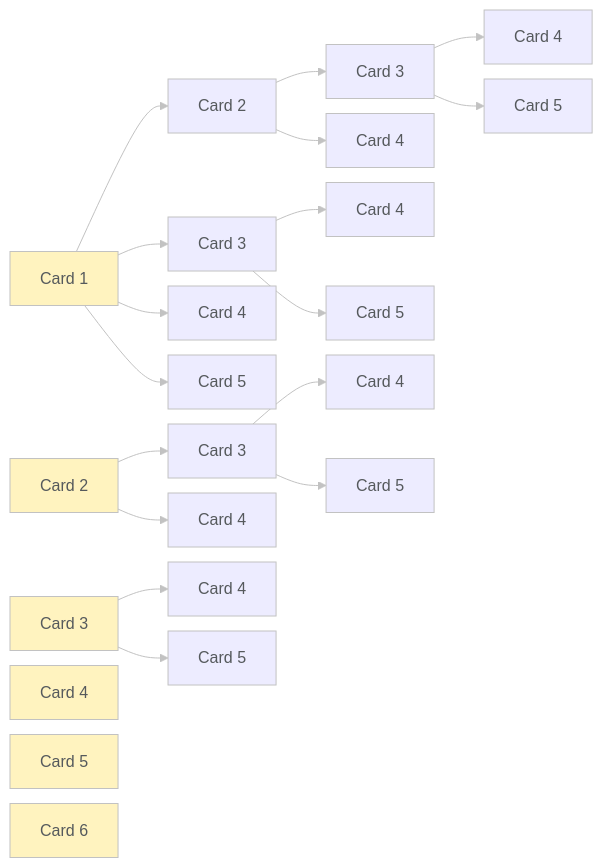
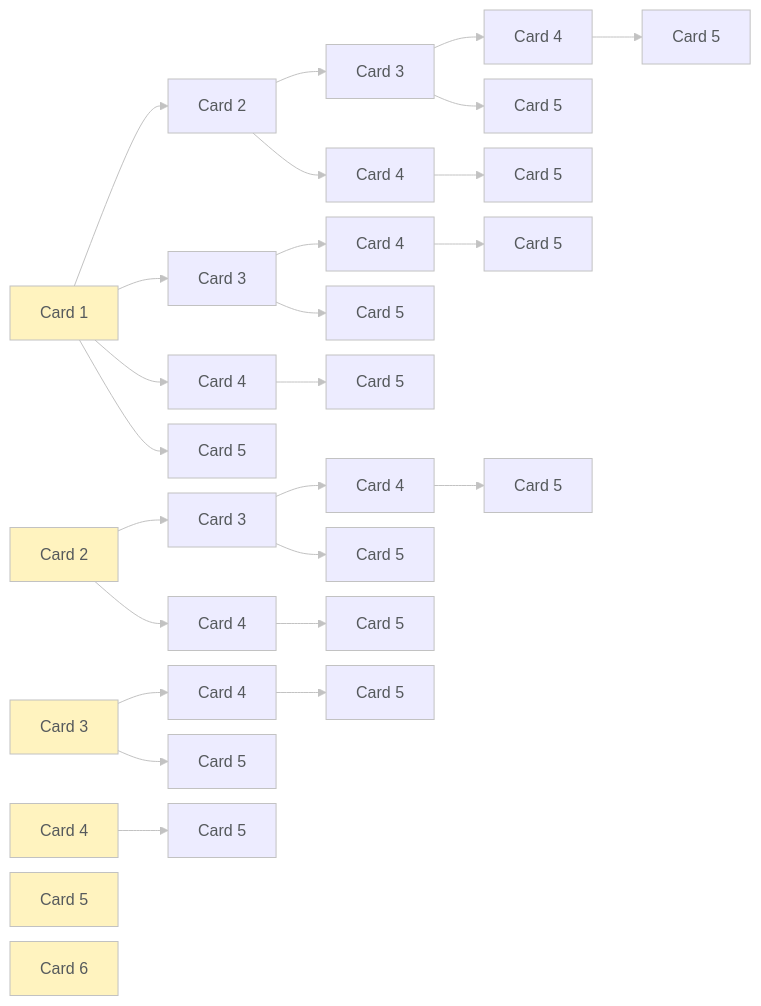
Before and after one commit to pf981/pf981.github.io: the diagram in posts/2023/04/2023-04.qmd, drawn with Mermaid.

Commit message:
Improve diagram

````diff
--- a/posts/2023/04/2023-04.qmd
+++ b/posts/2023/04/2023-04.qmd
@@ -165,47 +165,55 @@
 ```{mermaid}
 %%{
   init: {
     'theme': 'base',
     'themeVariables': {
       'primaryColor': '#55595c',
       'primaryTextColor': '#55595c',
       'primaryBorderColor': '#C2C2C2',
       'lineColor': '#C2C2C2',
       'secondaryColor': '#C2C2C2',
       'tertiaryColor': '#fff',
       'background': '#FFFFFF',
       'mainBkg': '#FFFFFF',
-      'clusterBkg': '#ededed'
+      'clusterBkg': '#ededed',
+      'fontFamily': 'Nunito Sans'
     },
     'flowchart': {
       'nodeSpacing': 15,
       'rankSpacing': 50
     }
   }
 }%%
 flowchart LR
   A[Card 1]:::starting --> A1[Card 2]
   A[Card 1] --> A2[Card 3]
   A[Card 1] --> A3[Card 4]
   A[Card 1] --> A4[Card 5]
   A1 --> A11[Card 3]
   A1 --> A12[Card 4]
   A2 --> A21[Card 4]
   A2 --> A22[Card 5]
+  A3[Card 4] --> A31[Card 5]
   A11 --> A111[Card 4]
   A11 --> A112[Card 5]
+  A12[Card 4] --> A121[Card 5]
+  A21[Card 4] --> A211[Card 5]
+  A111[Card 4] --> A1111[Card 5]
 
   B[Card 2]:::starting --> B1[Card 3]
   B[Card 2] --> B2[Card 4]
   B1 --> B11[Card 4]
   B1 --> B12[Card 5]
+  B11[Card 4] --> B111[Card 5]
+  B2 --> B21[Card 5]
   
   C[Card 3]:::starting --> C1[Card 4]
   C[Card 3] --> C2[Card 5]
+  C1[Card 4] --> C11[Card 5]
   
-  D[Card 4]:::starting
+  D[Card 4]:::starting --> D1[Card 5]
   E[Card 5]:::starting
   F[Card 6]:::starting
   classDef default fill:#EDECFF
   classDef starting fill:#FFF3BF
 ```
````
